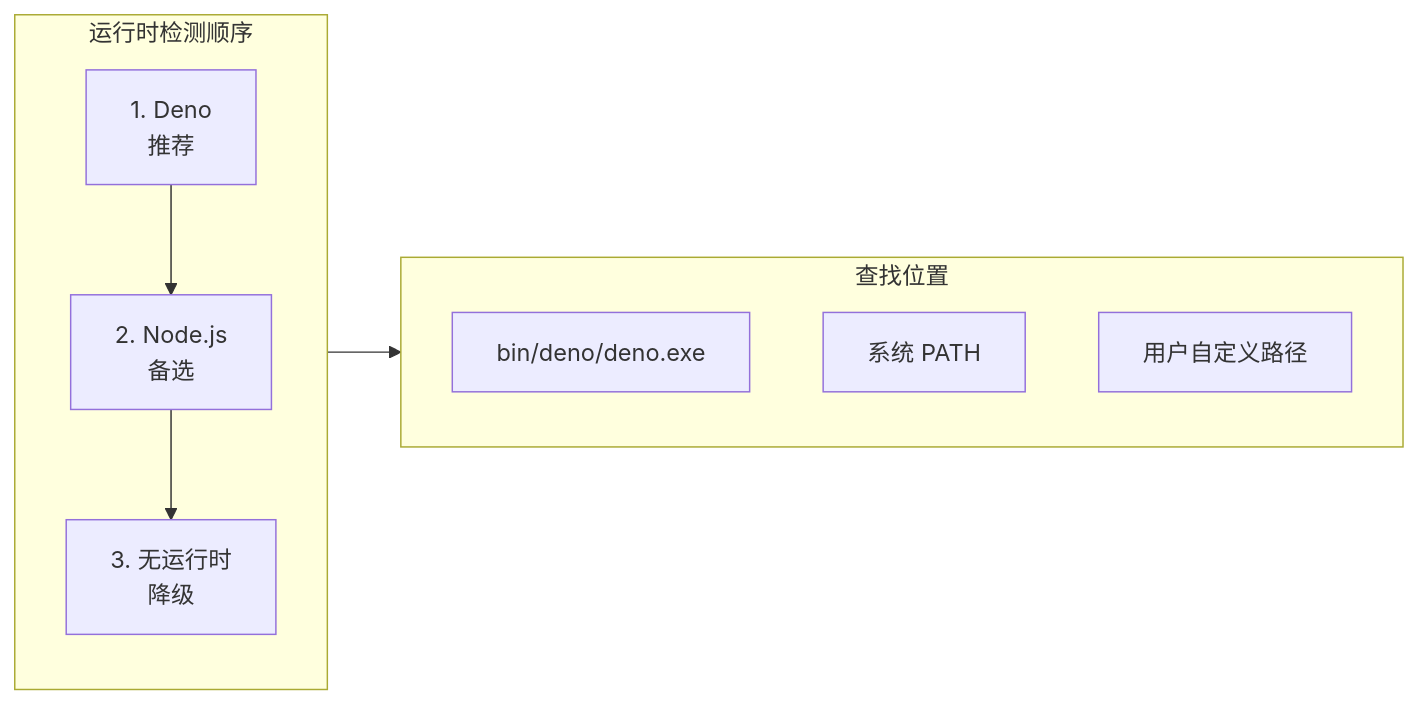
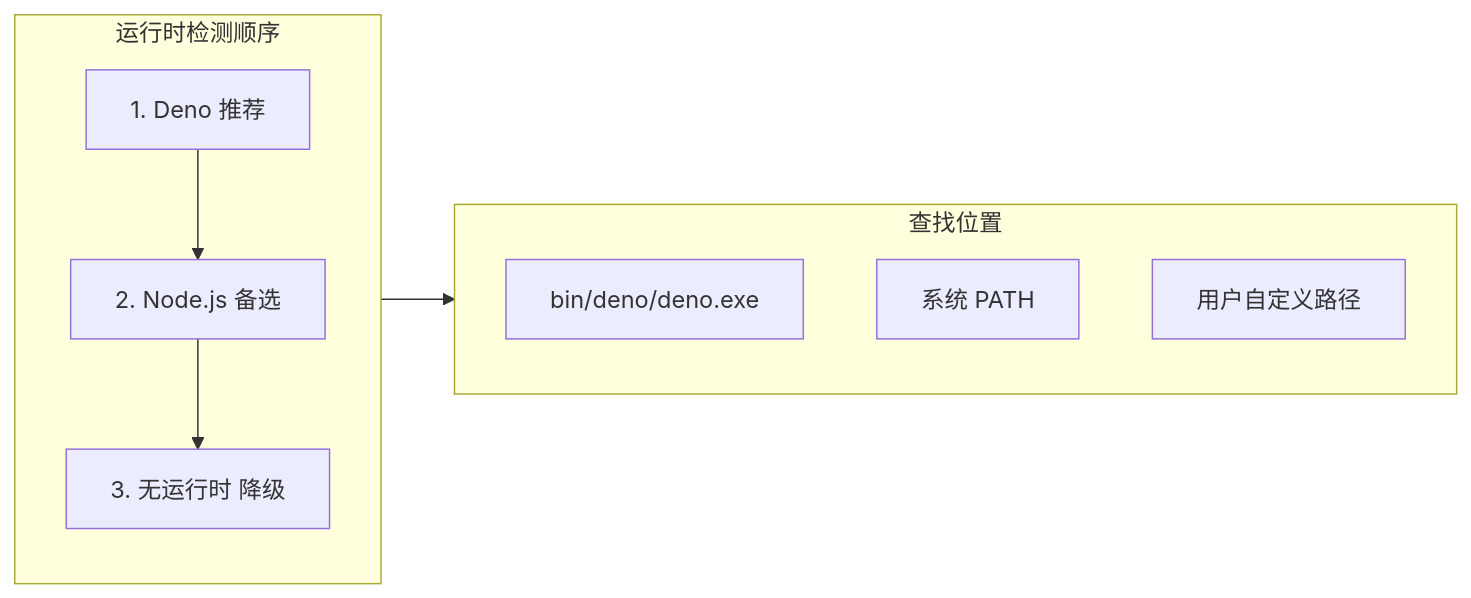
Before and after one commit to prideicker/FluentYTDL: the ninth of 24 diagrams in docs/ARCHITECTURE.md, drawn with Mermaid. The commit also changed other lines of this file, not shown here.

Commit message:
fix: 修复所有 Mermaid 图表 GitHub 渲染问题 (移除 br 标签和特殊字符)

````diff
--- a/docs/ARCHITECTURE.md
+++ b/docs/ARCHITECTURE.md
@@ -426,15 +426,15 @@
 ```mermaid
 flowchart LR
     subgraph Detection["运行时检测顺序"]
-        D1[1. Deno<br/>推荐] --> D2[2. Node.js<br/>备选]
-        D2 --> D3[3. 无运行时<br/>降级]
+        D1["1. Deno 推荐"] --> D2["2. Node.js 备选"]
+        D2 --> D3["3. 无运行时 降级"]
     end
     
     subgraph Locations["查找位置"]
-        L1[bin/deno/deno.exe]
-        L2[系统 PATH]
-        L3[用户自定义路径]
+        L1["bin/deno/deno.exe"]
+        L2["系统 PATH"]
+        L3["用户自定义路径"]
     end
     
     Detection --> Locations
 ```
````
